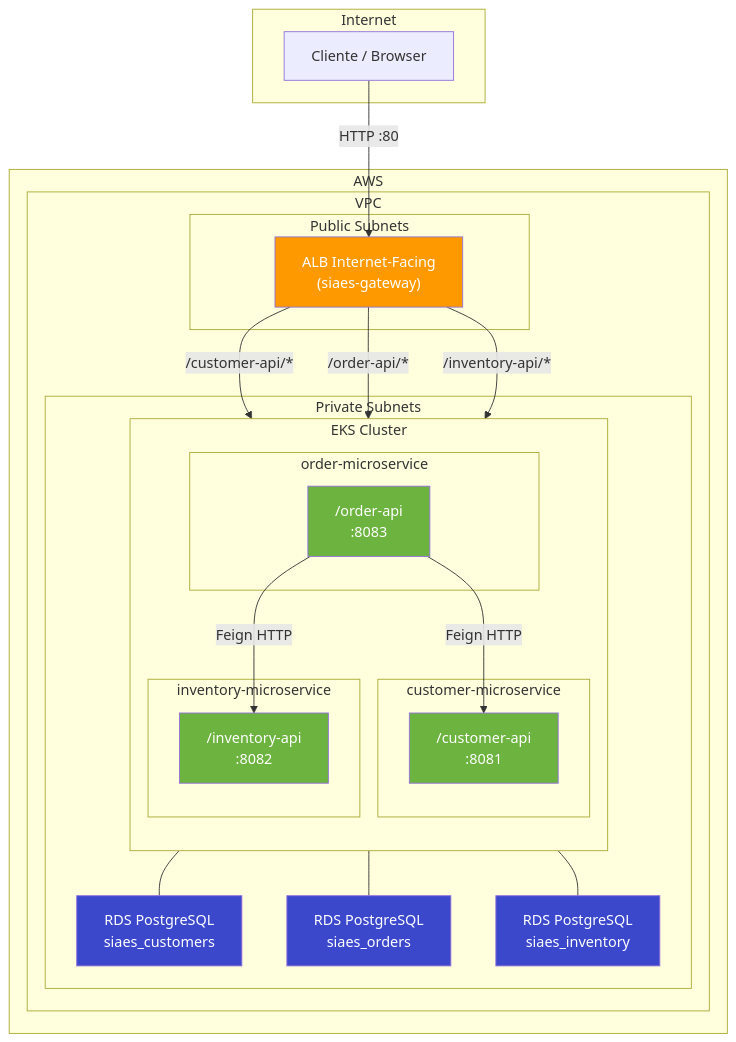
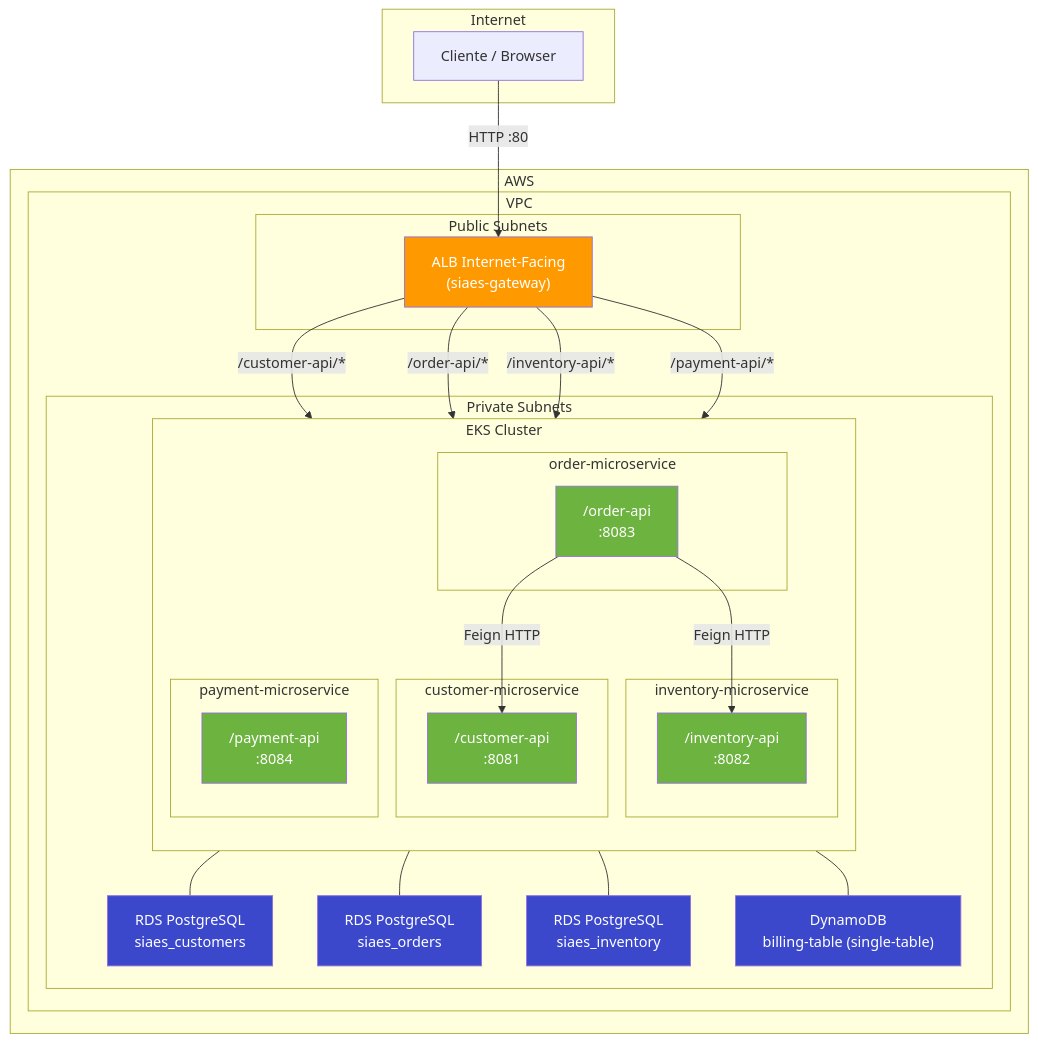
One commit to NullPointerXp/.github changed the first of 7 diagrams in profile/README.md. Above: the diagram before and after it, drawn with Mermaid. The commit also changed other lines of this file, not shown here.

Commit message:
feat(readme): update readme with payment configs

````diff
--- a/profile/README.md
+++ b/profile/README.md
@@ -64,56 +65,65 @@
 ```mermaid
 graph TB
     subgraph Internet
         Client[Cliente / Browser]
     end
 
     subgraph AWS
         subgraph VPC
             subgraph Public Subnets
                 ALB["ALB Internet-Facing<br/>(siaes-gateway)"]
             end
 
             subgraph Private Subnets
                 subgraph EKS Cluster
                     direction TB
 
                     subgraph customer-pod["customer-microservice"]
                         CS["/customer-api<br/>:8081"]
                     end
 
                     subgraph order-pod["order-microservice"]
                         OS["/order-api<br/>:8083"]
                     end
 
                     subgraph inventory-pod["inventory-microservice"]
                         IS["/inventory-api<br/>:8082"]
                     end
+
+                    subgraph payment-pod["payment-microservice"]
+                        PS["/payment-api<br/>:8084"]
+                    end
                 end
 
                 RDS_C["RDS PostgreSQL<br/>siaes_customers"]
                 RDS_O["RDS PostgreSQL<br/>siaes_orders"]
                 RDS_I["RDS PostgreSQL<br/>siaes_inventory"]
+                DDB["DynamoDB<br/>billing-table (single-table)"]
             end
         end
     end
 
     Client -->|"HTTP :80"| ALB
     ALB -->|"/customer-api/*"| CS
     ALB -->|"/order-api/*"| OS
     ALB -->|"/inventory-api/*"| IS
+    ALB -->|"/payment-api/*"| PS
 
     OS -->|"Feign HTTP"| CS
     OS -->|"Feign HTTP"| IS
 
     CS --- RDS_C
     OS --- RDS_O
     IS --- RDS_I
+    PS --- DDB
 
     style ALB fill:#FF9900,color:#fff
     style CS fill:#6DB33F,color:#fff
     style OS fill:#6DB33F,color:#fff
     style IS fill:#6DB33F,color:#fff
+    style PS fill:#6DB33F,color:#fff
     style RDS_C fill:#3B48CC,color:#fff
     style RDS_O fill:#3B48CC,color:#fff
     style RDS_I fill:#3B48CC,color:#fff
+    style DDB fill:#3B48CC,color:#fff
 ```
````
